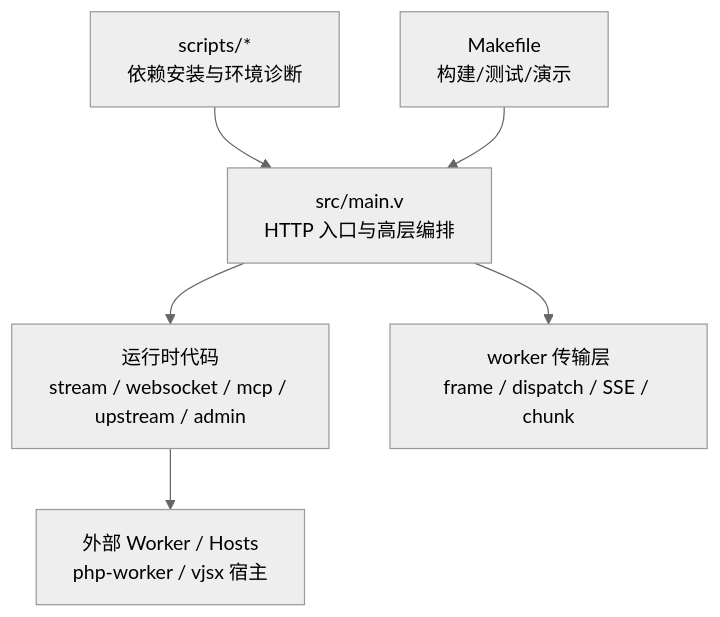
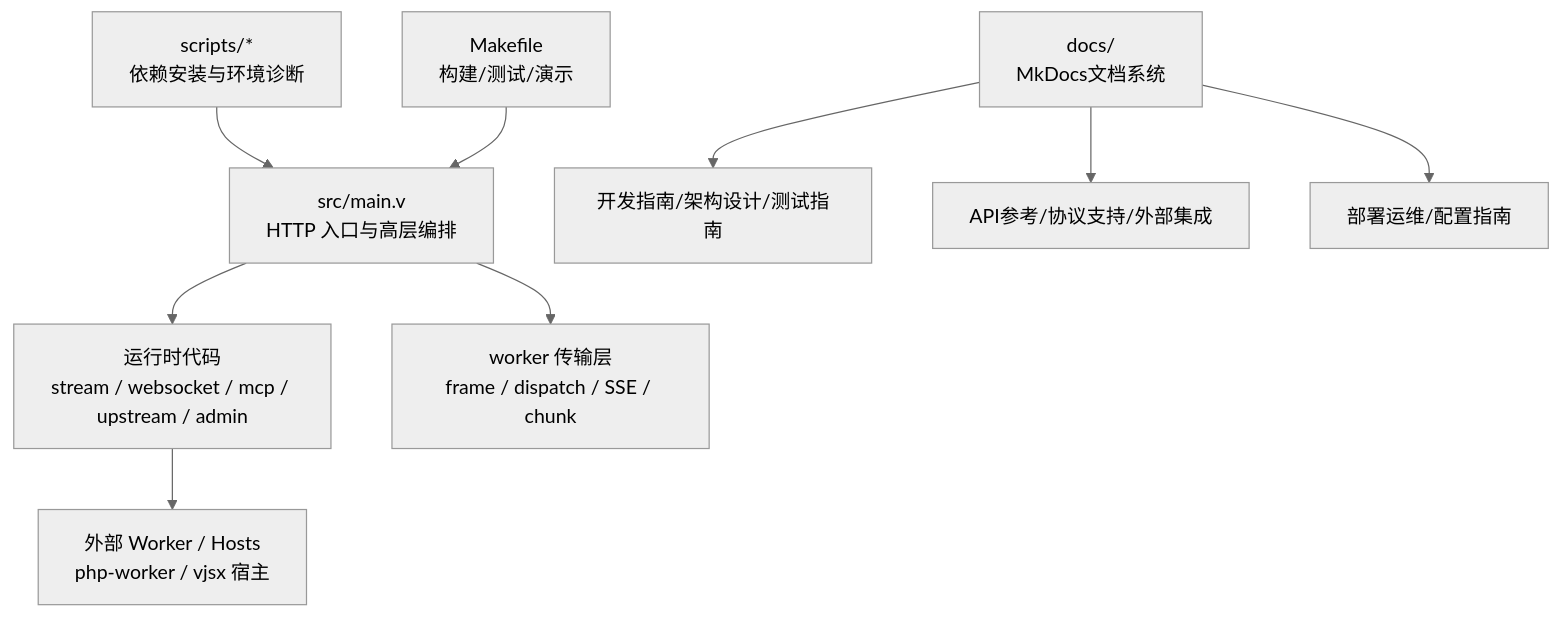
Before and after one commit to guweigang/vhttpd: the first of 4 diagrams in .qoder/repowiki/zh/content/开发指南/开发指南.md, drawn with Mermaid (neutral theme). The commit also changed other lines of this file and 369 other files, not shown here.

````diff
--- a/.qoder/repowiki/zh/content/开发指南/开发指南.md
+++ b/.qoder/repowiki/zh/content/开发指南/开发指南.md
@@ -51,8 +66,11 @@
 ```mermaid
 graph TB
 A["src/main.v<br/>HTTP 入口与高层编排"] --> B["运行时代码<br/>stream / websocket / mcp / upstream / admin"]
 A --> C["worker 传输层<br/>frame / dispatch / SSE / chunk"]
 B --> D["外部 Worker / Hosts<br/>php-worker / vjsx 宿主"]
 E["scripts/*<br/>依赖安装与环境诊断"] --> A
 F["Makefile<br/>构建/测试/演示"] --> A
+G["docs/<br/>MkDocs文档系统"] --> H["开发指南/架构设计/测试指南"]
+G --> I["API参考/协议支持/外部集成"]
+G --> J["部署运维/配置指南"]
 ```
````
